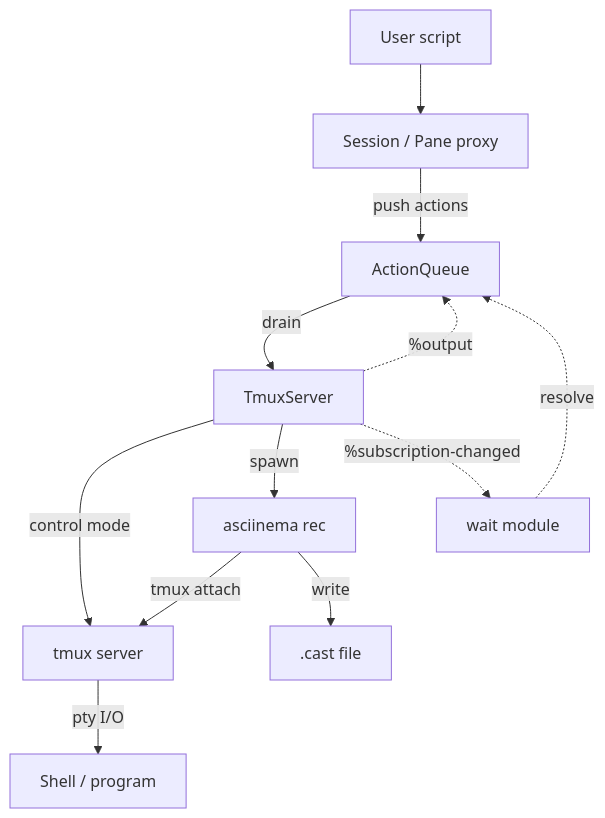
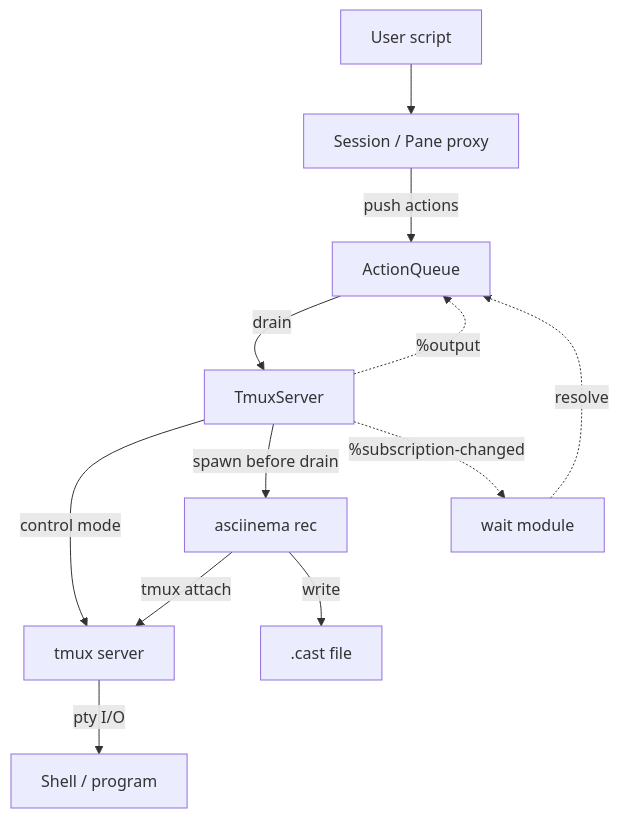
Before and after one commit to letientai299/term-recorder: the diagram in README.md, drawn with Mermaid. The commit also changed other lines of this file and 3 other files, not shown here.

````diff
--- a/README.md
+++ b/README.md
@@ -70,15 +123,16 @@
 ```mermaid
 flowchart TD
     A[User script] --> B[Session / Pane proxy]
     B -->|push actions| C[ActionQueue]
     C -->|drain| D[TmuxServer]
     D -->|control mode| E[tmux server]
-    D -->|spawn| G[asciinema rec]
     E -->|pty I/O| F[Shell / program]
+
+    D -->|spawn before drain| G[asciinema rec]
     G -->|tmux attach| E
     G -->|write| H[.cast file]
 
     D -.->|%output| C
     D -.->|%subscription-changed| I[wait module]
     I -.->|resolve| C
 ```
````
